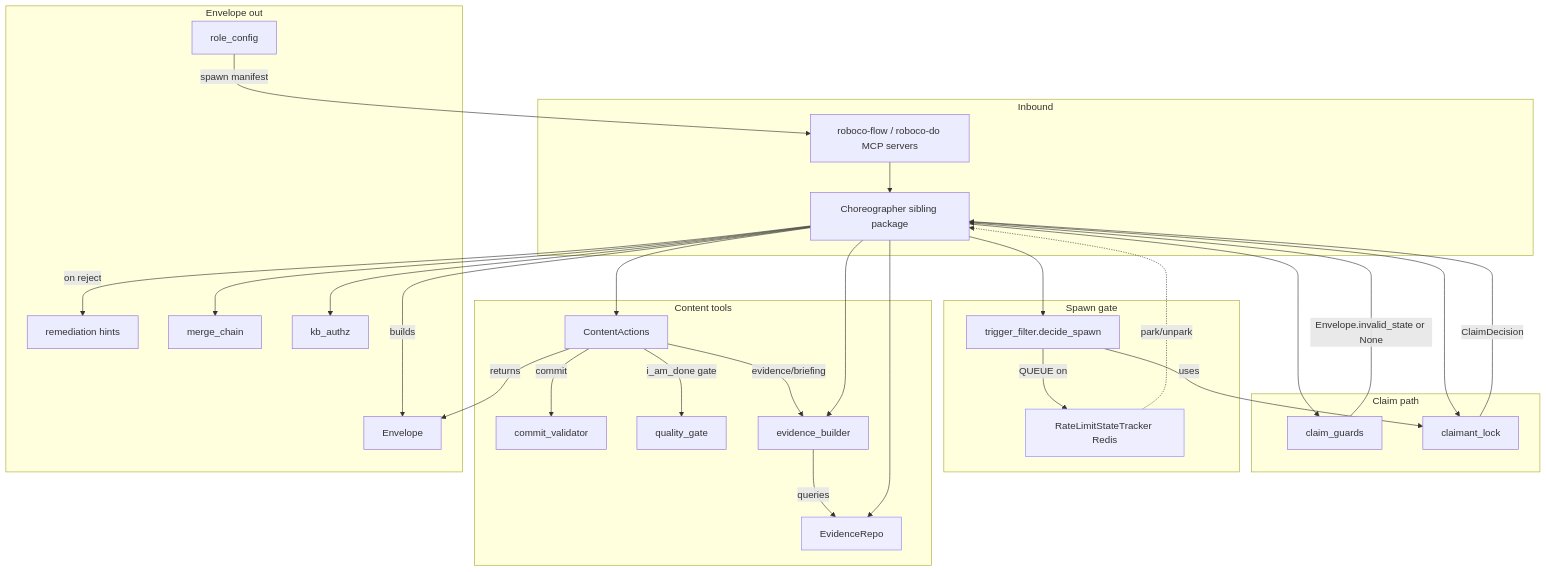
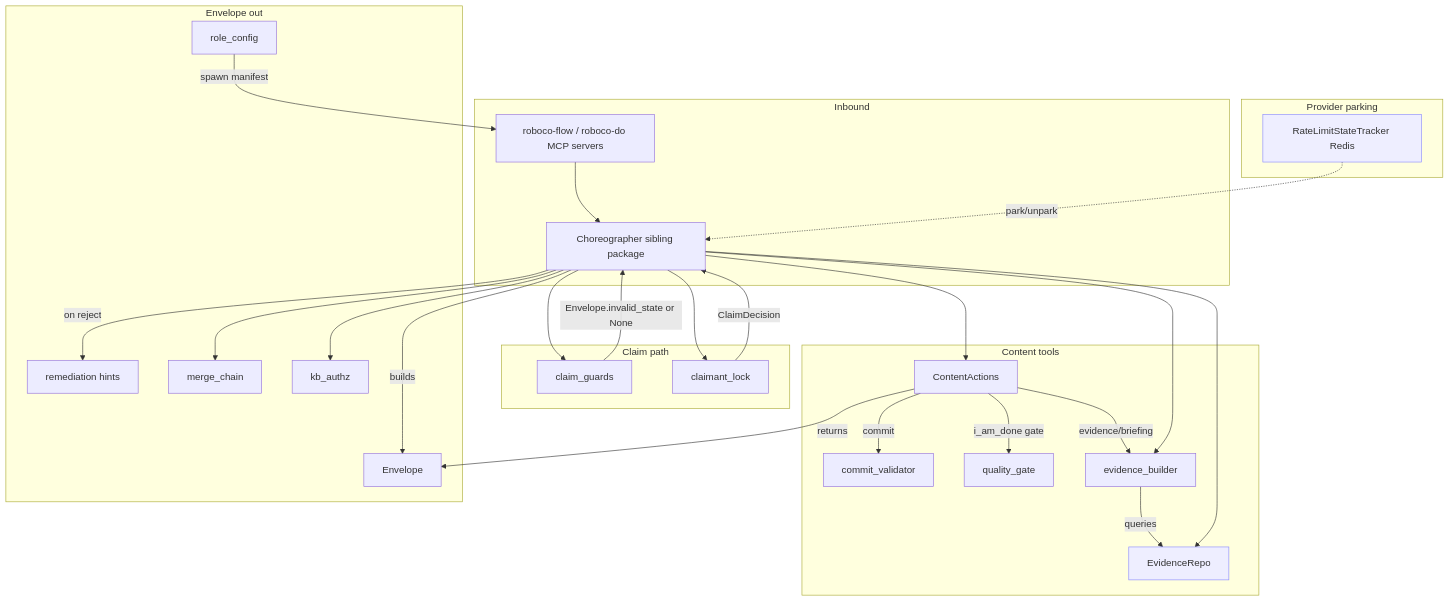
One commit to rennf93/roboco changed the diagram in docs/map/gateway-support.md. Above: the diagram before and after it, drawn with Mermaid. The commit also changed other lines of this file and 37 other files, not shown here.

````diff
--- a/docs/map/gateway-support.md
+++ b/docs/map/gateway-support.md
@@ -150,59 +145,55 @@
 ```mermaid
 graph TD
   subgraph Inbound
     MCP[roboco-flow / roboco-do MCP servers]
     CHORE[Choreographer sibling package]
   end
 
   subgraph Claim path
     CG[claim_guards]
     CL[claimant_lock]
     CG -->|Envelope.invalid_state or None| CHORE
     CL -->|ClaimDecision| CHORE
   end
 
-  subgraph Spawn gate
-    TF[trigger_filter.decide_spawn]
+  subgraph Provider parking
     RLT[RateLimitStateTracker Redis]
-    TF -->|uses| CL
-    TF -->|QUEUE on| RLT
   end
 
   subgraph Content tools
     CA[ContentActions]
     CV[commit_validator]
     QG[quality_gate]
     EB[evidence_builder]
     ER[EvidenceRepo]
     CA -->|commit| CV
     CA -->|i_am_done gate| QG
     CA -->|evidence/briefing| EB
     EB -->|queries| ER
   end
 
   subgraph Envelope out
     ENV[Envelope]
     REM[remediation hints]
     MC[merge_chain]
     RC[role_config]
     KA[kb_authz]
   end
 
   MCP --> CHORE
   CHORE --> CG
   CHORE --> CL
-  CHORE --> TF
   CHORE --> CA
   CHORE --> EB
   CHORE --> ER
   CHORE --> MC
   CHORE --> KA
   CHORE -->|builds| ENV
   CHORE -->|on reject| REM
   CA -->|returns| ENV
   RC -->|spawn manifest| MCP
   RLT -.->|park/unpark| CHORE
 
   classDef store fill:#eef,stroke:#88f;
   class RLT,ER store;
 ```
````
